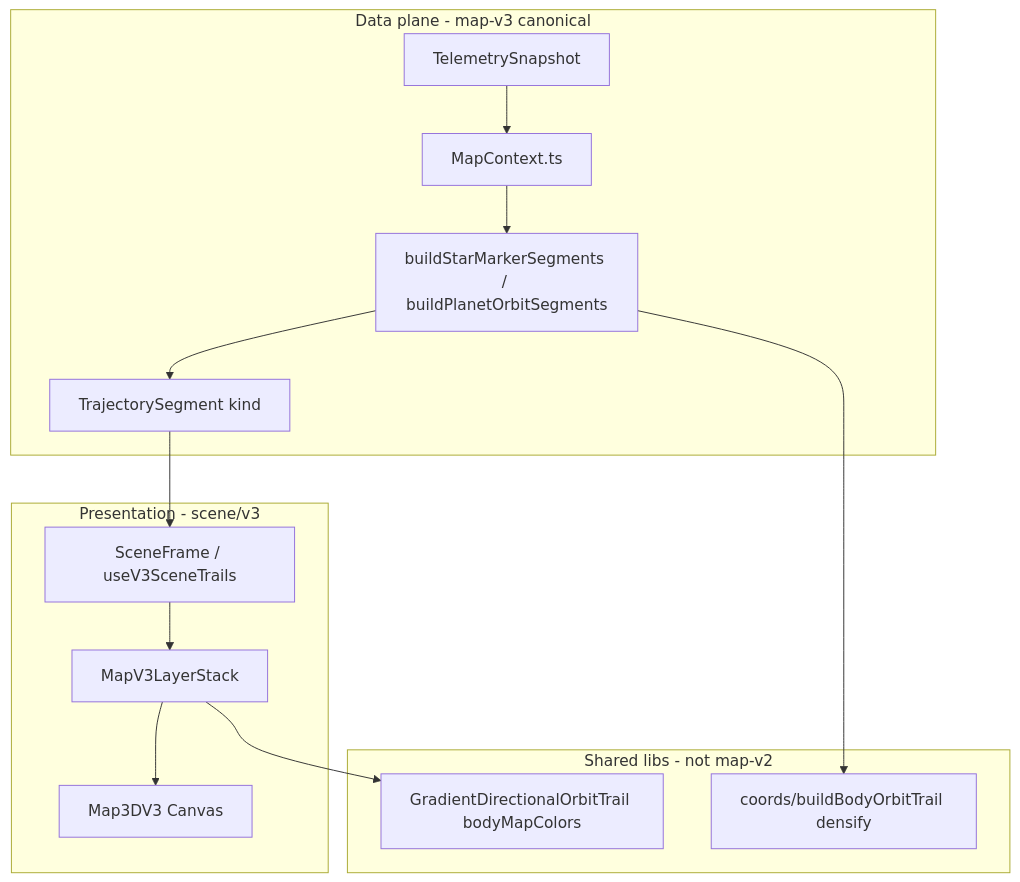
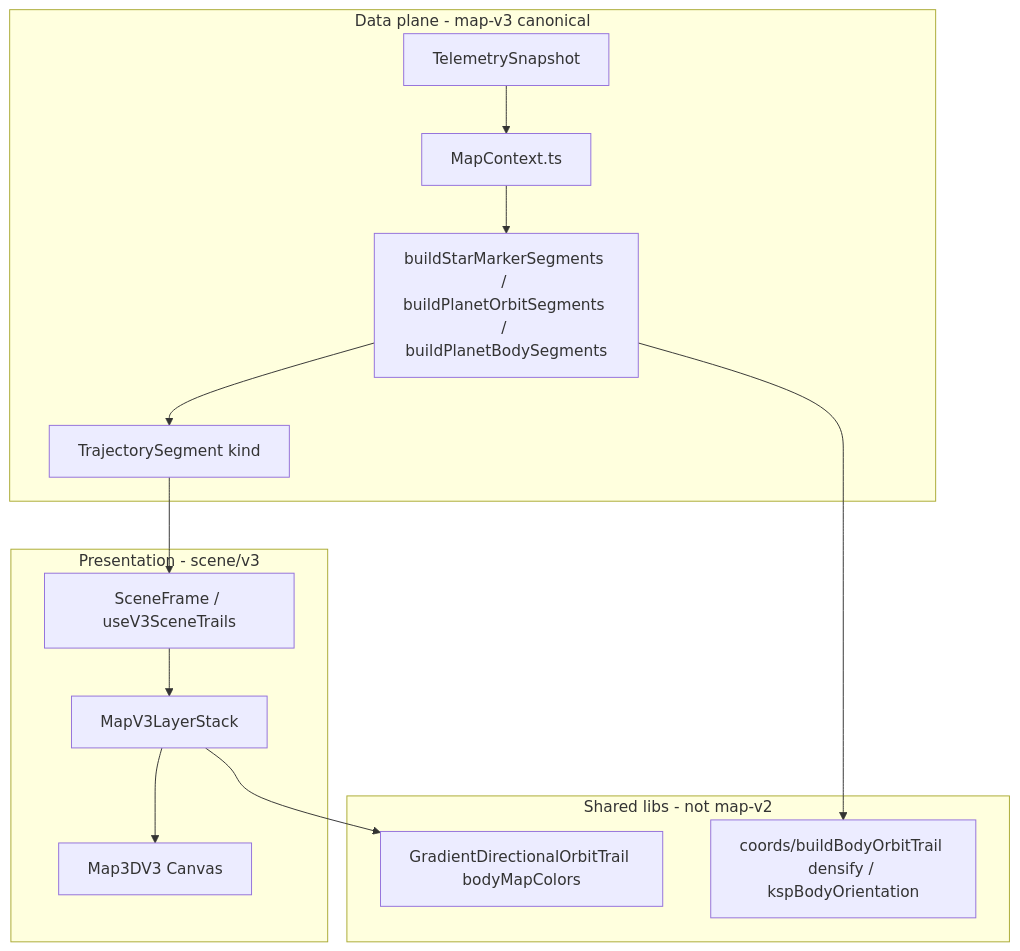
The diagram in docs/MAP_V3_PROGRAM_STATE.md (Kotagi/KSPCOMMAND), drawn with Mermaid before and after one commit. The commit also changed other lines of this file and 41 other files, not shown here.

````diff
--- a/docs/MAP_V3_PROGRAM_STATE.md
+++ b/docs/MAP_V3_PROGRAM_STATE.md
@@ -26,22 +30,22 @@
 ```mermaid
 flowchart TB
   subgraph data [Data plane - map-v3 canonical]
     T[TelemetrySnapshot]
     MC[MapContext.ts]
-    BS[buildStarMarkerSegments / buildPlanetOrbitSegments]
+    BS[buildStarMarkerSegments / buildPlanetOrbitSegments / buildPlanetBodySegments]
     SEG[TrajectorySegment kind]
     T --> MC --> BS --> SEG
   end
   subgraph presentation [Presentation - scene/v3]
     SF[SceneFrame / useV3SceneTrails]
     L[MapV3LayerStack]
     GL[Map3DV3 Canvas]
     SEG --> SF --> L --> GL
   end
   subgraph shared [Shared libs - not map-v2]
-    COORDS[coords/buildBodyOrbitTrail densify]
+    COORDS[coords/buildBodyOrbitTrail densify / kspBodyOrientation]
     DRAW[GradientDirectionalOrbitTrail bodyMapColors]
   end
   BS --> COORDS
   L --> DRAW
 ```
````
